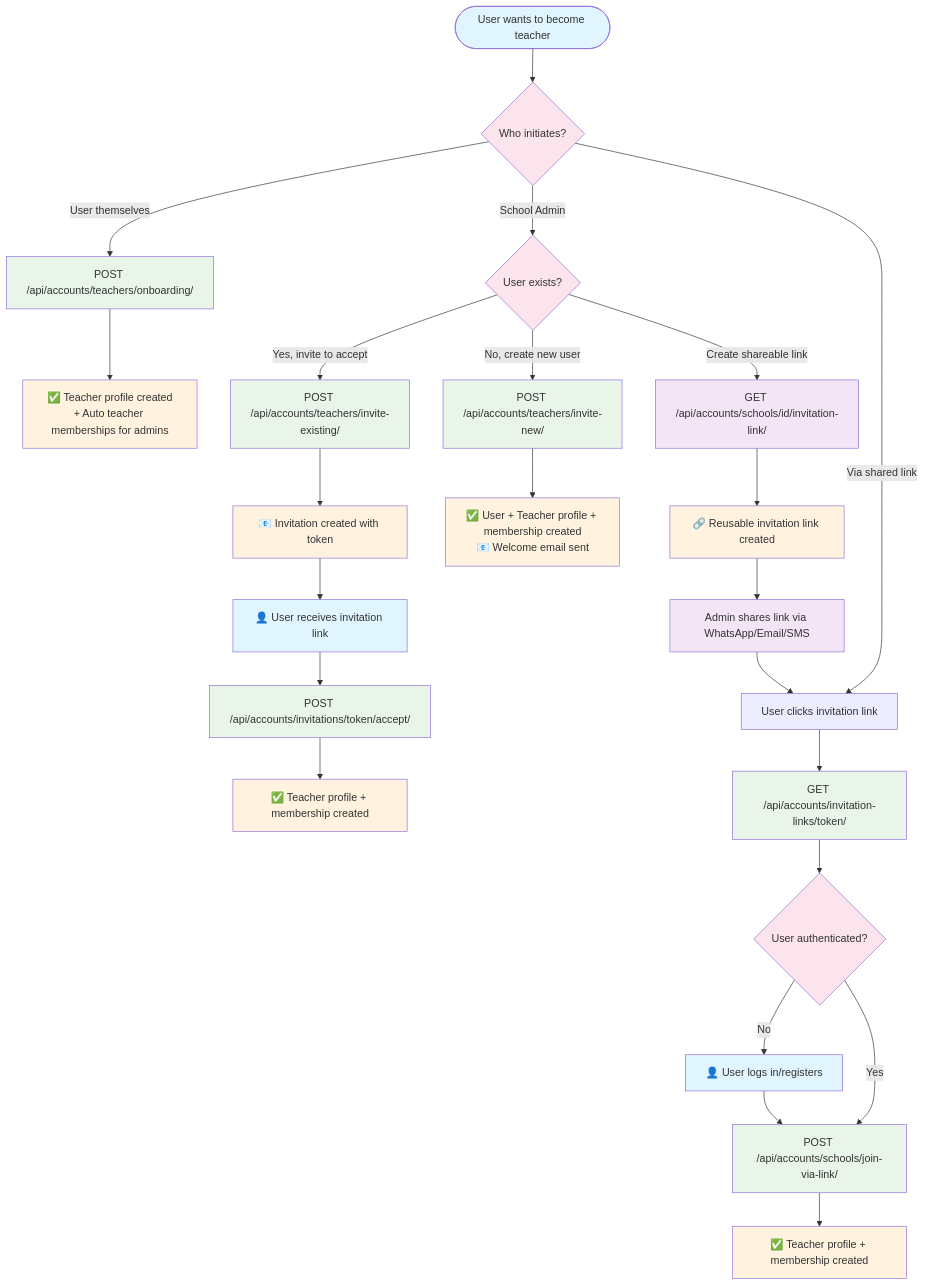
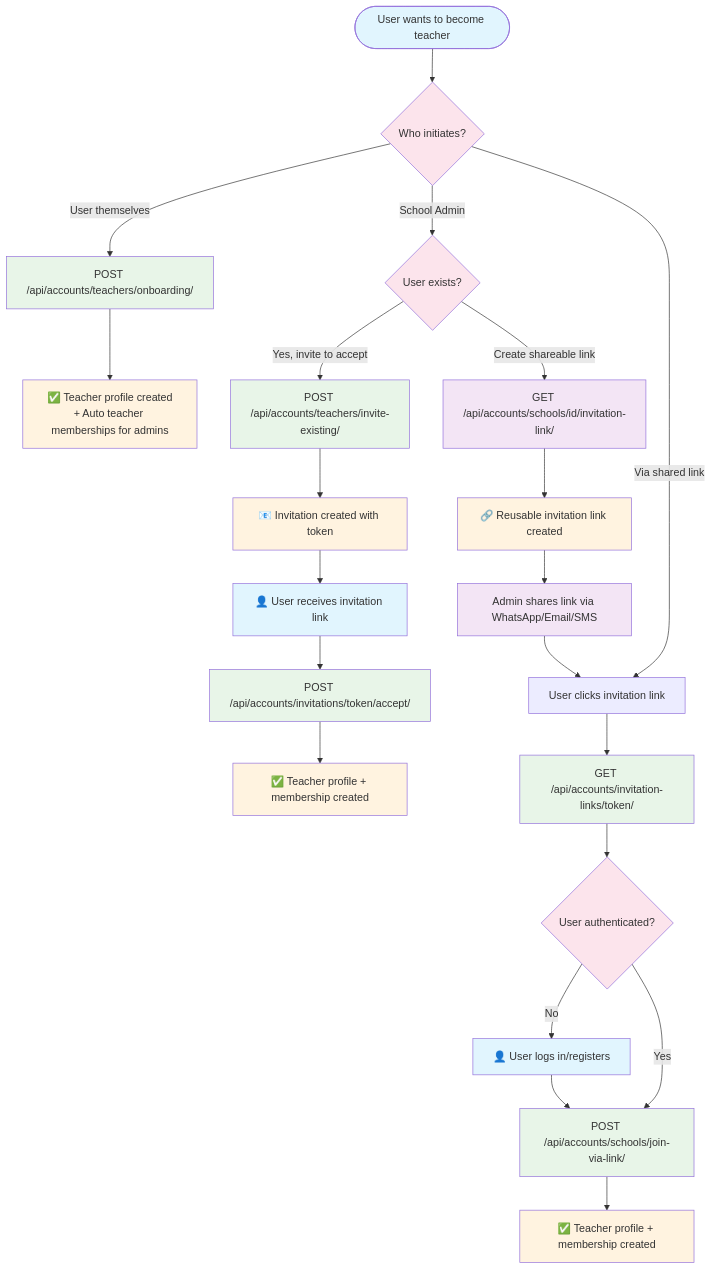
The diagram in backend/USERS_PAGE.md (aprendecomigo-edu/aprendecomigo), drawn with Mermaid before and after one commit. The commit also changed other lines of this file and 2 other files, not shown here.

Commit message:
cleanup teacher onboarding

````diff
--- a/backend/USERS_PAGE.md
+++ b/backend/USERS_PAGE.md
@@ -20,43 +19,40 @@
 ```mermaid
 flowchart TD
     Start([User wants to become teacher]) --> Decision{Who initiates?}
 
     Decision -->|User themselves| SelfOnboard[POST /api/accounts/teachers/onboarding/]
     SelfOnboard --> SelfResult[✅ Teacher profile created<br/>+ Auto teacher memberships for admins]
 
     Decision -->|School Admin| AdminDecision{User exists?}
 
     AdminDecision -->|Yes, invite to accept| InviteExisting[POST /api/accounts/teachers/invite-existing/]
     InviteExisting --> InviteCreated[📧 Invitation created with token]
     InviteCreated --> UserReceives[👤 User receives invitation link]
     UserReceives --> UserAccepts["POST /api/accounts/invitations/token/accept/"]
     UserAccepts --> AcceptResult[✅ Teacher profile + membership created]
-
-    AdminDecision -->|No, create new user| InviteNew[POST /api/accounts/teachers/invite-new/]
-    InviteNew --> NewUserResult[✅ User + Teacher profile + membership created<br/>📧 Welcome email sent]
 
     Decision -->|Via shared link| LinkFlow[User clicks invitation link]
     LinkFlow --> LinkDetails["GET /api/accounts/invitation-links/token/"]
     LinkDetails --> AuthCheck{User authenticated?}
     AuthCheck -->|No| Login[👤 User logs in/registers]
     AuthCheck -->|Yes| JoinSchool[POST /api/accounts/schools/join-via-link/]
     Login --> JoinSchool
     JoinSchool --> JoinResult[✅ Teacher profile + membership created]
 
     AdminDecision -->|Create shareable link| CreateLink["GET /api/accounts/schools/id/invitation-link/"]
     CreateLink --> LinkCreated[🔗 Reusable invitation link created]
     LinkCreated --> ShareLink[Admin shares link via WhatsApp/Email/SMS]
     ShareLink --> LinkFlow
 
     classDef userAction fill:#e1f5fe
     classDef adminAction fill:#f3e5f5
     classDef apiCall fill:#e8f5e8
     classDef result fill:#fff3e0
     classDef decision fill:#fce4ec
 
     class Start,UserReceives,Login userAction
-    class InviteExisting,InviteNew,ShareLink,CreateLink adminAction
-    class SelfOnboard,InviteExisting,InviteNew,UserAccepts,LinkDetails,JoinSchool apiCall
-    class SelfResult,InviteCreated,AcceptResult,NewUserResult,JoinResult,LinkCreated result
+    class InviteExisting,ShareLink,CreateLink adminAction
+    class SelfOnboard,InviteExisting,UserAccepts,LinkDetails,JoinSchool apiCall
+    class SelfResult,InviteCreated,AcceptResult,JoinResult,LinkCreated result
     class Decision,AdminDecision,AuthCheck decision
 ```
````
